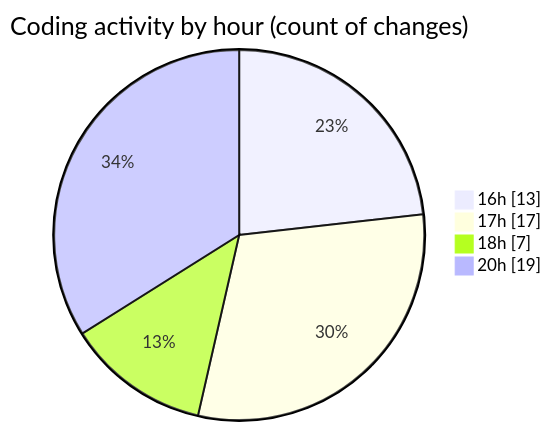
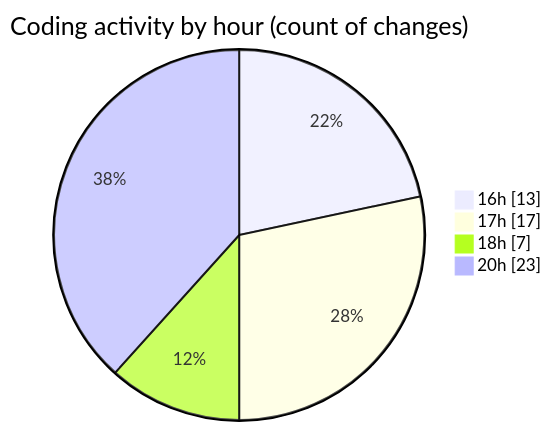
Before and after one commit to robertbonfada/code-tracking: the second of 2 diagrams in 2025-05-20/mbc-web/README.md, drawn with Mermaid. The commit also changed other lines of this file and 1 other file, not shown here.

````diff
--- a/2025-05-20/mbc-web/README.md
+++ b/2025-05-20/mbc-web/README.md
@@ -36,8 +37,8 @@
 ```mermaid
 pie showData
 title Coding activity by hour (count of changes)
 "16h" : 13
 "17h" : 17
 "18h" : 7
-"20h" : 19
+"20h" : 23
 ```
````
